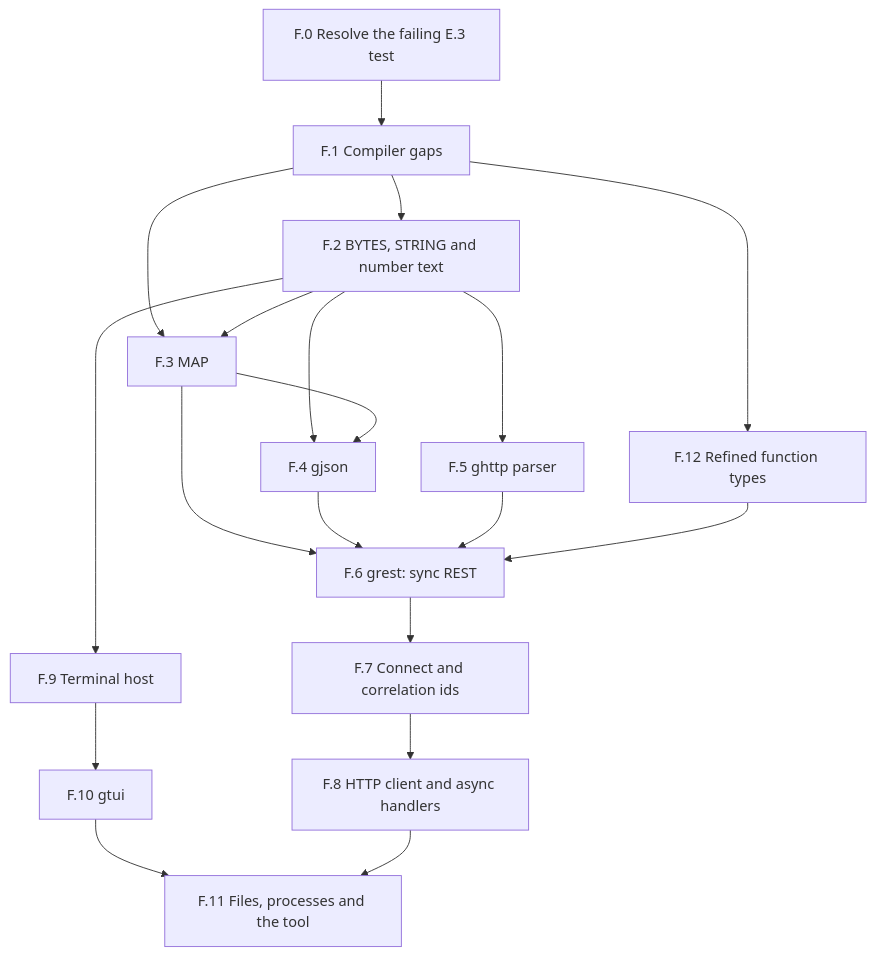
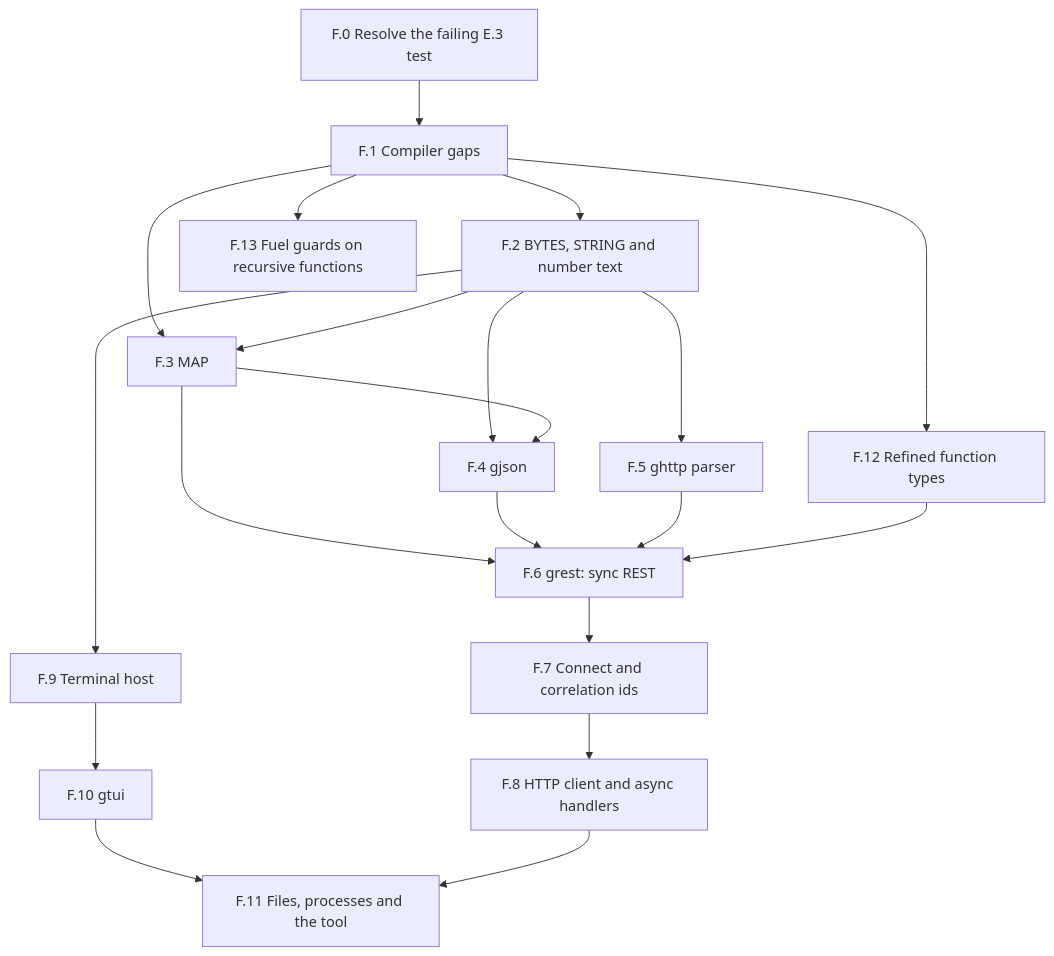
The diagram in plan/libraries/verified_libraries.md (GardelPL/gardel), drawn with Mermaid before and after one commit. The commit also changed other lines of this file and 10 other files, not shown here.

````diff
--- a/plan/libraries/verified_libraries.md
+++ b/plan/libraries/verified_libraries.md
@@ -54,28 +54,29 @@
 ```mermaid
 flowchart TD
     F0["F.0 Resolve the failing E.3 test"]
     F1["F.1 Compiler gaps"]
     F2["F.2 BYTES, STRING and number text"]
     F3["F.3 MAP"]
     F4["F.4 gjson"]
     F5["F.5 ghttp parser"]
     F6["F.6 grest: sync REST"]
     F7["F.7 Connect and correlation ids"]
     F8["F.8 HTTP client and async handlers"]
     F9["F.9 Terminal host"]
     F10["F.10 gtui"]
     F11["F.11 Files, processes and the tool"]
     F0 --> F1 --> F2
     F1 --> F3
     F2 --> F3
     F2 --> F4
     F2 --> F5
     F3 --> F4
     F3 --> F6
     F4 --> F6
     F5 --> F6
     F1 --> F12["F.12 Refined function types"] --> F6
+    F1 --> F13["F.13 Fuel guards on recursive functions"]
     F6 --> F7 --> F8
     F2 --> F9 --> F10 --> F11
     F8 --> F11
 ```
````
